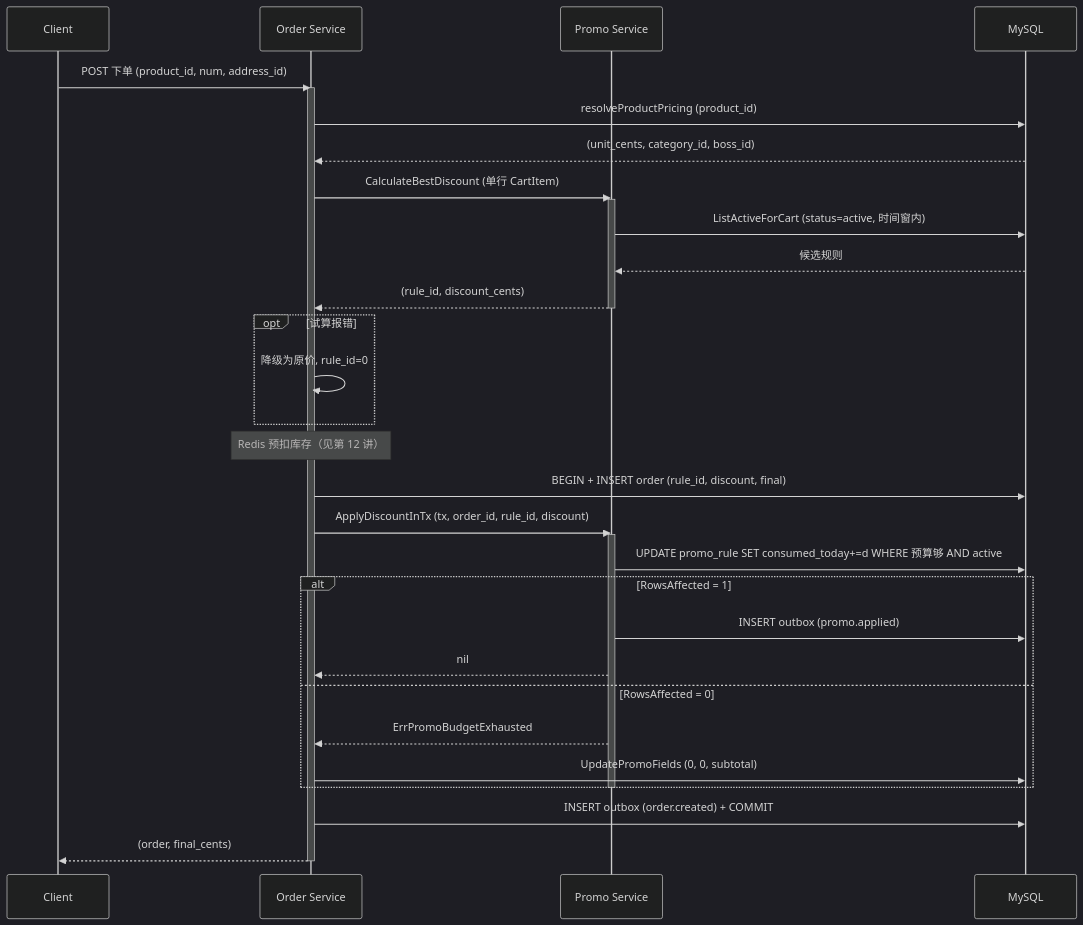
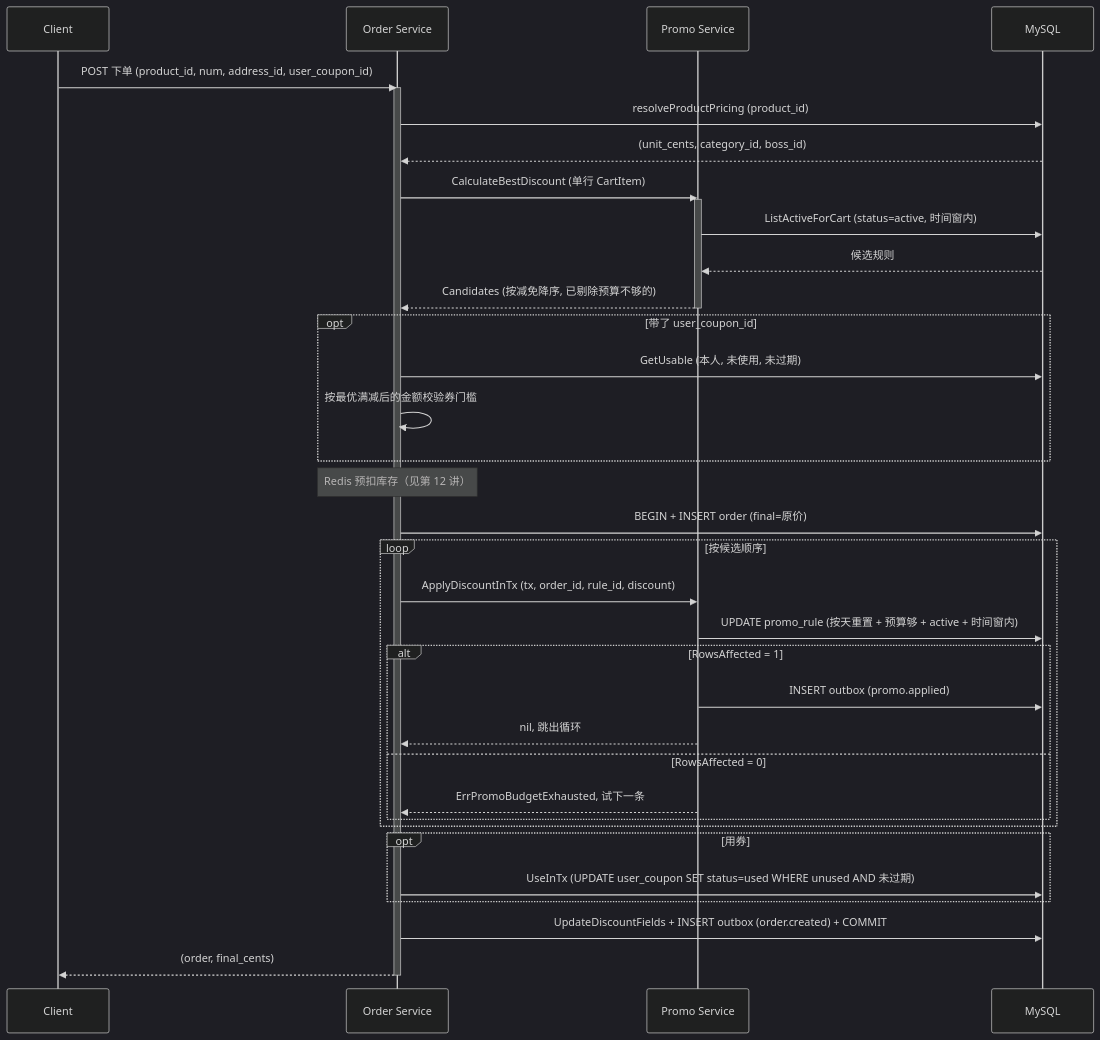
The first of 3 diagrams in docs/lecture/16-promo-coupon.md (RedInn7/gomall), drawn with Mermaid (dark theme) before and after one commit. The commit also changed other lines of this file and 1 other file, not shown here.

````diff
--- a/docs/lecture/16-promo-coupon.md
+++ b/docs/lecture/16-promo-coupon.md
@@ -185,37 +178,40 @@
 ```mermaid
 sequenceDiagram
     participant Client
     participant OrderSrv as Order Service
     participant Promo as Promo Service
     participant DB as MySQL
 
-    Client->>OrderSrv: POST 下单 (product_id, num, address_id)
+    Client->>OrderSrv: POST 下单 (product_id, num, address_id, user_coupon_id)
     activate OrderSrv
     OrderSrv->>DB: resolveProductPricing (product_id)
     DB-->>OrderSrv: (unit_cents, category_id, boss_id)
     OrderSrv->>Promo: CalculateBestDiscount (单行 CartItem)
     activate Promo
     Promo->>DB: ListActiveForCart (status=active, 时间窗内)
     DB-->>Promo: 候选规则
-    Promo-->>OrderSrv: (rule_id, discount_cents)
+    Promo-->>OrderSrv: Candidates (按减免降序, 已剔除预算不够的)
     deactivate Promo
-    opt 试算报错
-        OrderSrv->>OrderSrv: 降级为原价, rule_id=0
+    opt 带了 user_coupon_id
+        OrderSrv->>DB: GetUsable (本人, 未使用, 未过期)
+        OrderSrv->>OrderSrv: 按最优满减后的金额校验券门槛
     end
     Note over OrderSrv: Redis 预扣库存（见第 12 讲）
-    OrderSrv->>DB: BEGIN + INSERT order (rule_id, discount, final)
-    OrderSrv->>Promo: ApplyDiscountInTx (tx, order_id, rule_id, discount)
-    activate Promo
-    Promo->>DB: UPDATE promo_rule SET consumed_today+=d WHERE 预算够 AND active
-    alt RowsAffected = 1
-        Promo->>DB: INSERT outbox (promo.applied)
-        Promo-->>OrderSrv: nil
-    else RowsAffected = 0
-        Promo-->>OrderSrv: ErrPromoBudgetExhausted
-        OrderSrv->>DB: UpdatePromoFields (0, 0, subtotal)
+    OrderSrv->>DB: BEGIN + INSERT order (final=原价)
+    loop 按候选顺序
+        OrderSrv->>Promo: ApplyDiscountInTx (tx, order_id, rule_id, discount)
+        Promo->>DB: UPDATE promo_rule (按天重置 + 预算够 + active + 时间窗内)
+        alt RowsAffected = 1
+            Promo->>DB: INSERT outbox (promo.applied)
+            Promo-->>OrderSrv: nil, 跳出循环
+        else RowsAffected = 0
+            Promo-->>OrderSrv: ErrPromoBudgetExhausted, 试下一条
+        end
     end
-    deactivate Promo
-    OrderSrv->>DB: INSERT outbox (order.created) + COMMIT
+    opt 用券
+        OrderSrv->>DB: UseInTx (UPDATE user_coupon SET status=used WHERE unused AND 未过期)
+    end
+    OrderSrv->>DB: UpdateDiscountFields + INSERT outbox (order.created) + COMMIT
     OrderSrv-->>Client: (order, final_cents)
     deactivate OrderSrv
 ```
````
